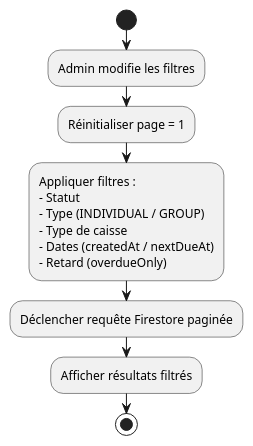
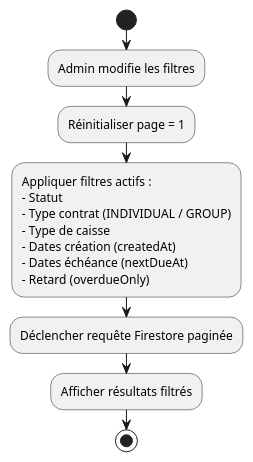
Before and after one commit to GlennEriss/kara-client-front: the diagram in documentation/caisse-speciale/V2/contrats/activite/FiltrerContrats.puml, drawn with PlantUML. The commit also changed 17 other files, not shown here.

```diff
--- a/documentation/caisse-speciale/V2/contrats/activite/FiltrerContrats.puml
+++ b/documentation/caisse-speciale/V2/contrats/activite/FiltrerContrats.puml
@@ -1,18 +1,19 @@
 @startuml FiltrerContrats
 'title Workflow : Filtrer les Contrats (V2)
 
 start
 :Admin modifie les filtres;
 :Réinitialiser page = 1;
 
-:Appliquer filtres :
+:Appliquer filtres actifs :
 - Statut
-- Type (INDIVIDUAL / GROUP)
+- Type contrat (INDIVIDUAL / GROUP)
 - Type de caisse
-- Dates (createdAt / nextDueAt)
+- Dates création (createdAt)
+- Dates échéance (nextDueAt)
 - Retard (overdueOnly);
 
 :Déclencher requête Firestore paginée;
 :Afficher résultats filtrés;
 stop
 @enduml
```
